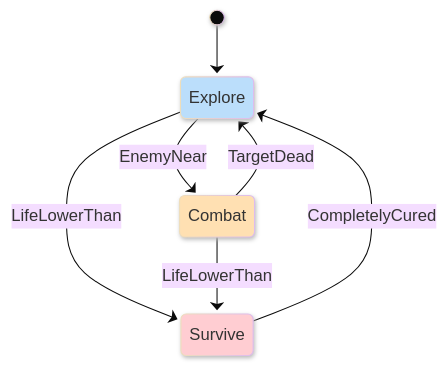
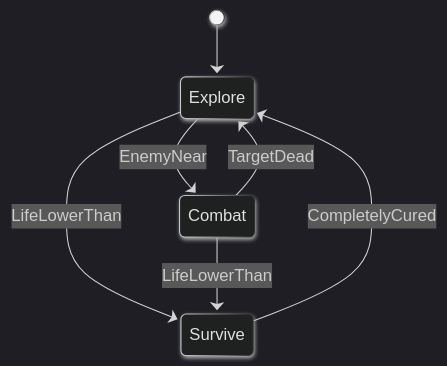
One commit to Kang-Hsi/hfsm-bt changed the second of 5 diagrams in README.md. Above: the diagram before and after it, drawn with Mermaid. The commit also changed other lines of this file, not shown here.

````diff
--- a/README.md
+++ b/README.md
@@ -486,22 +486,18 @@
 ```mermaid
 ---
 config:
-  theme: base
+  theme: dark
   look: neo
 ---
 stateDiagram
   direction TB
 
   [*] --> Explore
   Explore --> Combat: EnemyNear
   Explore --> Survive: LifeLowerThan
 
   Combat --> Explore: TargetDead
   Combat --> Survive: LifeLowerThan
 
   Survive --> Explore: CompletelyCured
-
-  style Explore fill:#BBDEFB
-  style Combat fill:#FFE0B2
-  style Survive fill:#FFCDD2
 ```
````
